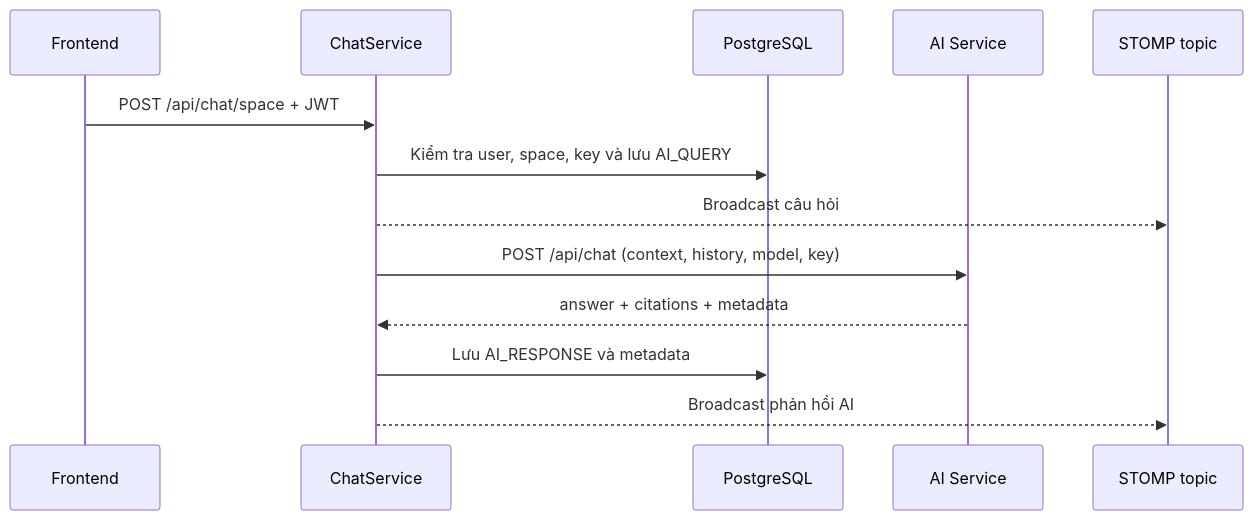
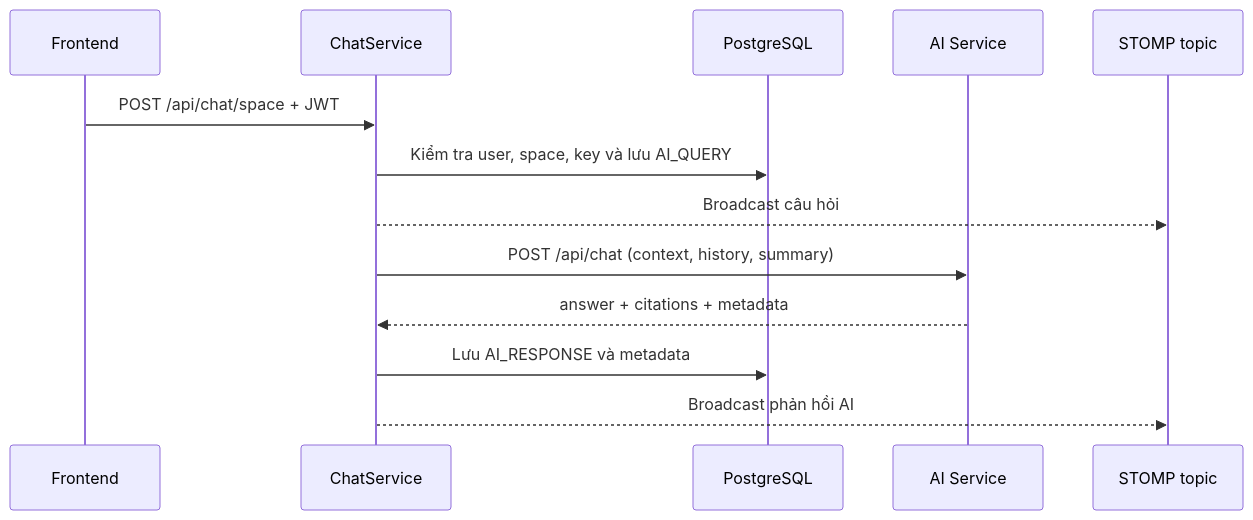
Before and after one commit to NHACTAOHOCBAI/mora-backend: the second of 2 diagrams in README.md, drawn with Mermaid. The commit also changed other lines of this file and 26 other files, not shown here.

````diff
--- a/README.md
+++ b/README.md
@@ -55,16 +54,16 @@
 ```mermaid
 sequenceDiagram
   participant FE as Frontend
   participant BE as ChatService
   participant DB as PostgreSQL
   participant AI as AI Service
   participant WS as STOMP topic
 
   FE->>BE: POST /api/chat/space + JWT
   BE->>DB: Kiểm tra user, space, key và lưu AI_QUERY
   BE-->>WS: Broadcast câu hỏi
-  BE->>AI: POST /api/chat (context, history, model, key)
+  BE->>AI: POST /api/chat (context, history, summary)
   AI-->>BE: answer + citations + metadata
   BE->>DB: Lưu AI_RESPONSE và metadata
   BE-->>WS: Broadcast phản hồi AI
 ```
````
